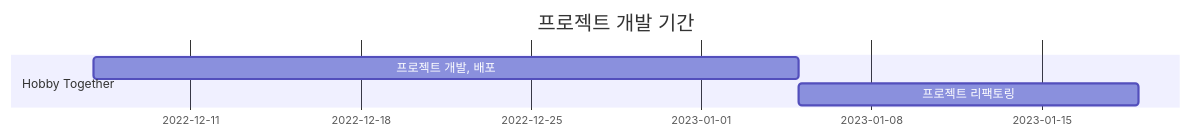
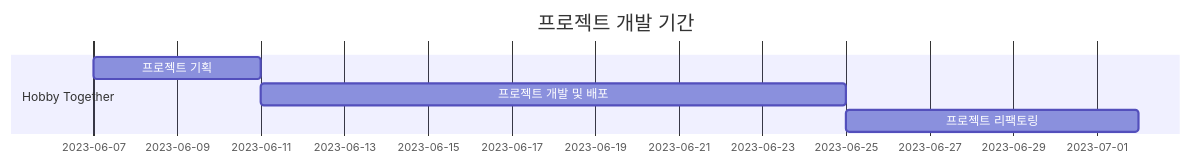
Before and after one commit to fe5-team6-project/withSix: the diagram in README.md, drawn with Mermaid. The commit also changed other lines of this file, not shown here.

````diff
--- a/README.md
+++ b/README.md
@@ -46,9 +44,10 @@
 ```mermaid
 gantt
     title 프로젝트 개발 기간
     dateFormat  YYYY-MM-DD
     section Hobby Together
-    프로젝트 개발, 배포       :a1, 2022-12-07, 29d
-    프로젝트 리팩토링     :after a1, 14d
+    프로젝트 기획       :a1, 2023-06-07, 4d
+    프로젝트 개발 및 배포       :a1, 2023-06-11, 14d
+    프로젝트 리팩토링     :after a1, 7d
 
 ```
````
